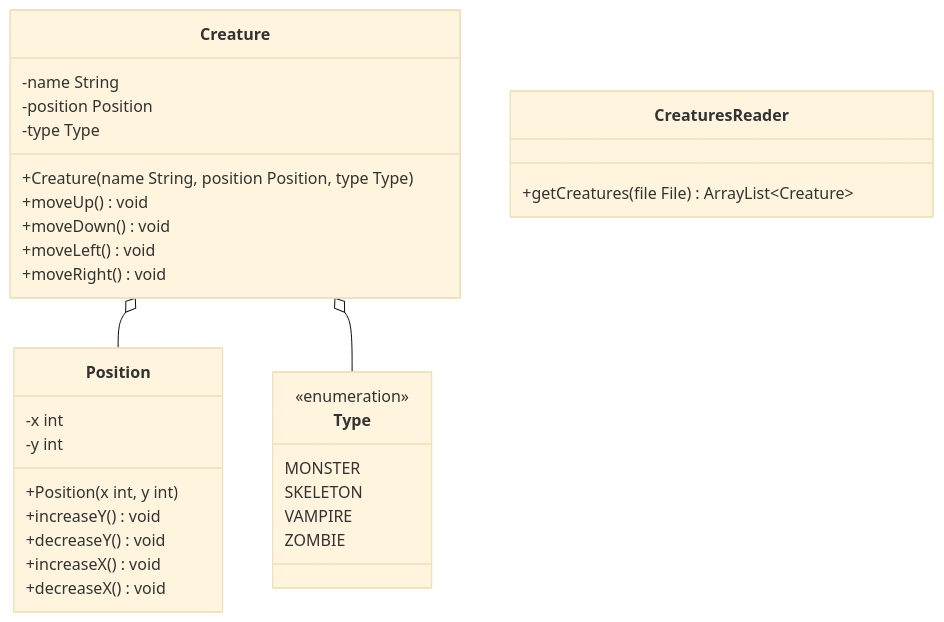
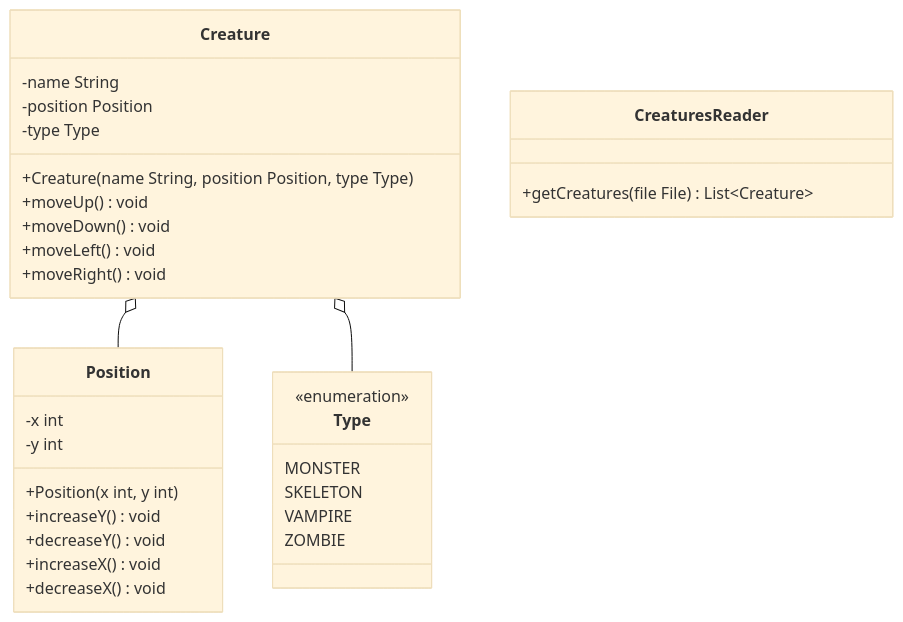
One commit to jappuccini/java-docs changed the diagram in docs/exam-exercises/exam-exercises-java1/creature.md. Above: the diagram before and after it, drawn with Mermaid (base theme). The commit also changed other lines of this file, not shown here.

````diff
--- a/docs/exam-exercises/exam-exercises-java1/creature.md
+++ b/docs/exam-exercises/exam-exercises-java1/creature.md
@@ -11,38 +11,38 @@
 ```mermaid
 classDiagram
     Creature o-- Position
     Creature o-- Type
 
     class Creature {
         -name String
         -position Position
         -type Type
         +Creature(name String, position Position, type Type)
         +moveUp() void
         +moveDown() void
         +moveLeft() void
         +moveRight() void
     }
 
     class Type {
         <<enumeration>>
         MONSTER
         SKELETON
         VAMPIRE
         ZOMBIE
     }
 
     class Position {
         -x int
         -y int
         +Position(x int, y int)
         +increaseY() void
         +decreaseY() void
         +increaseX() void
         +decreaseX() void
     }
 
     class CreaturesReader {
-        +getCreatures(file File) ArrayList~Creature~
+        +getCreatures(file File) List~Creature~
     }
 ```
````
